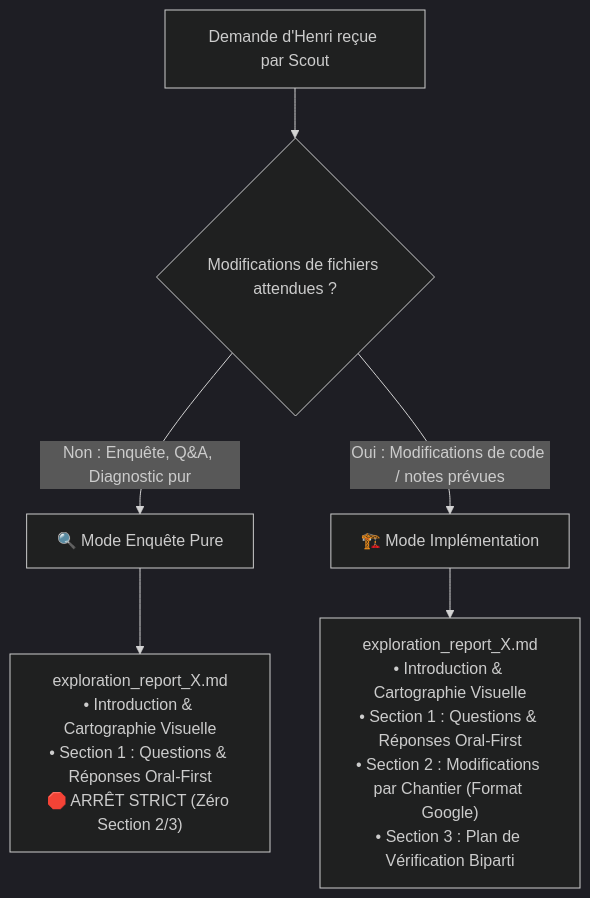
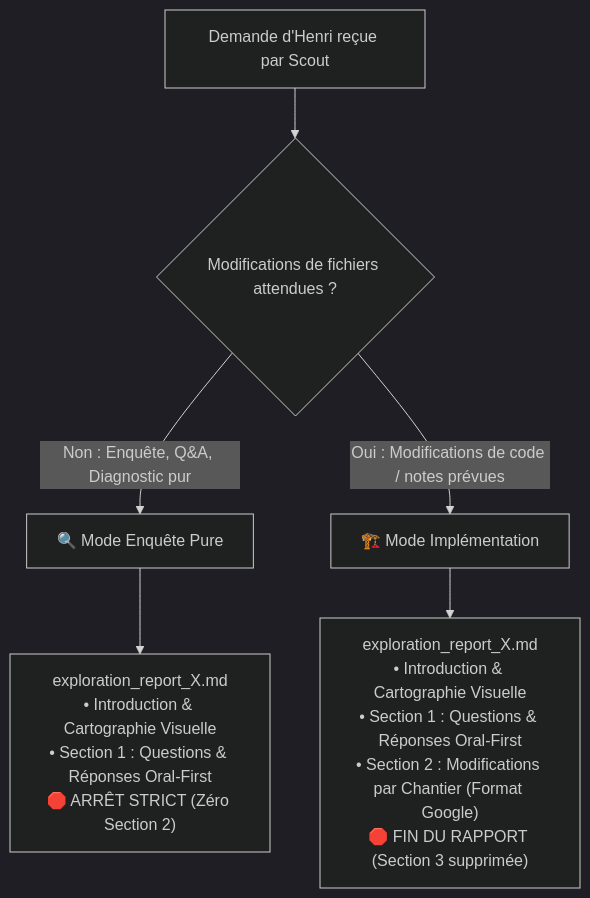
One commit to hjamet/cursor-memory-bank changed the first of 2 diagrams in src/skills/scout/SKILL.md. Above: the diagram before and after it, drawn with Mermaid (dark theme). The commit also changed other lines of this file and 1 other file, not shown here.

Commit message:
docs(skills): streamline exploration report format with continuous oral paragraphs, question-free workstreams, and remove verification section

````diff
--- a/src/skills/scout/SKILL.md
+++ b/src/skills/scout/SKILL.md
@@ -110,9 +110,9 @@
 ```mermaid
 flowchart TD
     DEMANDE["Demande d'Henri reçue par Scout"] --> EVAL{"Modifications de fichiers attendues ?"}
     EVAL -->|Non : Enquête, Q&A, Diagnostic pur| MODE_ENQUETE["🔍 Mode Enquête Pure"]
     EVAL -->|Oui : Modifications de code / notes prévues| MODE_BUILD["🏗️ Mode Implémentation"]
     
-    MODE_ENQUETE --> ART_1["exploration_report_X.md<br/>• Introduction & Cartographie Visuelle<br/>• Section 1 : Questions & Réponses Oral-First<br/>🛑 ARRÊT STRICT (Zéro Section 2/3)"]
-    MODE_BUILD --> ART_2["exploration_report_X.md<br/>• Introduction & Cartographie Visuelle<br/>• Section 1 : Questions & Réponses Oral-First<br/>• Section 2 : Modifications par Chantier (Format Google)<br/>• Section 3 : Plan de Vérification Biparti"]
+    MODE_ENQUETE --> ART_1["exploration_report_X.md<br/>• Introduction & Cartographie Visuelle<br/>• Section 1 : Questions & Réponses Oral-First<br/>🛑 ARRÊT STRICT (Zéro Section 2)"]
+    MODE_BUILD --> ART_2["exploration_report_X.md<br/>• Introduction & Cartographie Visuelle<br/>• Section 1 : Questions & Réponses Oral-First<br/>• Section 2 : Modifications par Chantier (Format Google)<br/>🛑 FIN DU RAPPORT (Section 3 supprimée)"]
 ```
````
